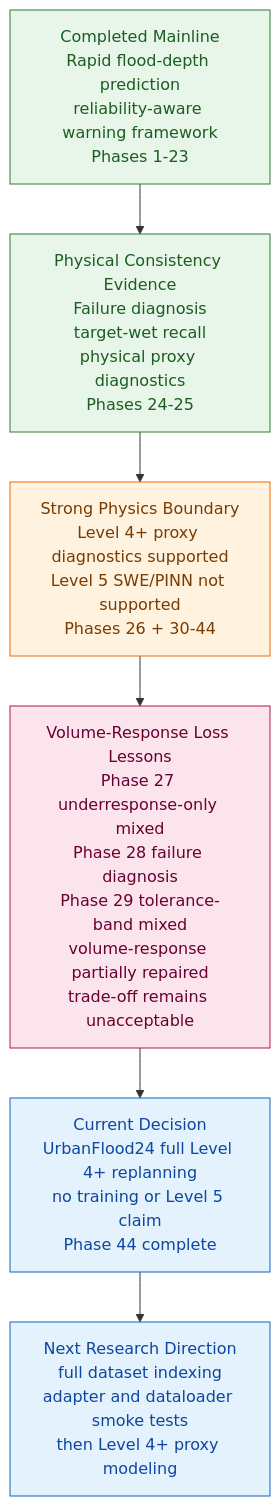
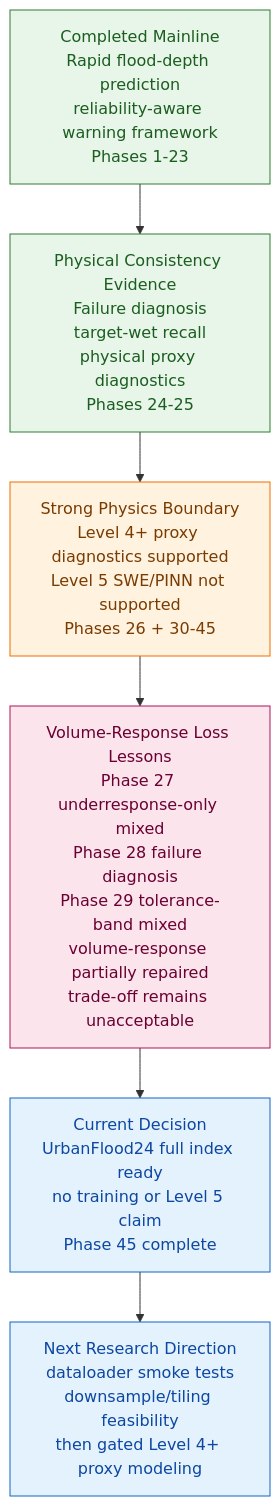
The third of 3 diagrams in README.md (HolyLin990604/physics-guided-urban-flood-prediction), drawn with Mermaid before and after one commit. The commit also changed other lines of this file and 2 other files, not shown here.

Commit message:
docs: sync phase45 full dataset indexing status

````diff
--- a/README.md
+++ b/README.md
@@ -486,16 +488,16 @@
 ```mermaid
 flowchart TD
     A["Completed Mainline<br/>Rapid flood-depth prediction<br/>reliability-aware warning framework<br/>Phases 1-23"]:::completed
     B["Physical Consistency Evidence<br/>Failure diagnosis<br/>target-wet recall<br/>physical proxy diagnostics<br/>Phases 24-25"]:::completed
-    C["Strong Physics Boundary<br/>Level 4+ proxy diagnostics supported<br/>Level 5 SWE/PINN not supported<br/>Phases 26 + 30-44"]:::boundary
+    C["Strong Physics Boundary<br/>Level 4+ proxy diagnostics supported<br/>Level 5 SWE/PINN not supported<br/>Phases 26 + 30-45"]:::boundary
     D["Volume-Response Loss Lessons<br/>Phase 27 underresponse-only mixed<br/>Phase 28 failure diagnosis<br/>Phase 29 tolerance-band mixed<br/>volume-response partially repaired<br/>trade-off remains unacceptable"]:::diagnosis
-    E["Current Decision<br/>UrbanFlood24 full Level 4+ replanning<br/>no training or Level 5 claim<br/>Phase 44 complete"]:::current
-    F["Next Research Direction<br/>full dataset indexing<br/>adapter and dataloader smoke tests<br/>then Level 4+ proxy modeling"]:::current
+    E["Current Decision<br/>UrbanFlood24 full index ready<br/>no training or Level 5 claim<br/>Phase 45 complete"]:::current
+    F["Next Research Direction<br/>dataloader smoke tests<br/>downsample/tiling feasibility<br/>then gated Level 4+ proxy modeling"]:::current
 
     A --> B --> C --> D --> E --> F
 
     classDef completed fill:#e8f5e9,stroke:#2e7d32,color:#1b5e20
     classDef boundary fill:#fff3e0,stroke:#ef6c00,color:#7a3b00
     classDef diagnosis fill:#fce4ec,stroke:#ad1457,color:#6a0032
     classDef current fill:#e3f2fd,stroke:#1565c0,color:#0d47a1
 ```
````
